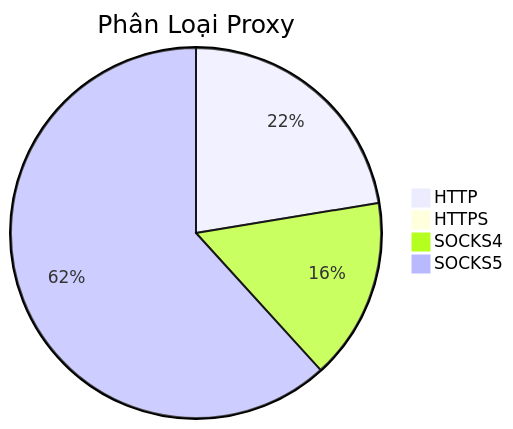
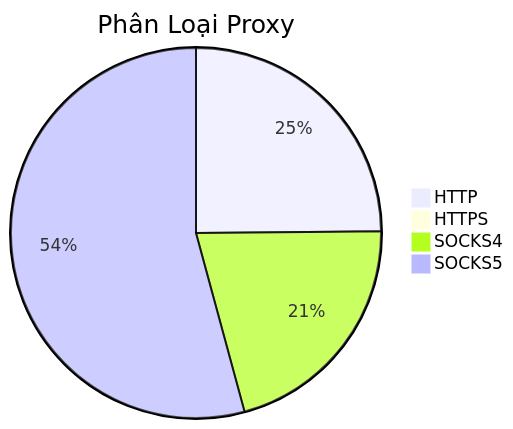
Before and after one commit to Ciara-12/PROXY-free: the diagram in README.md, drawn with Mermaid. The commit also changed other lines of this file and 3 other files, not shown here.

````diff
--- a/README.md
+++ b/README.md
@@ -26,7 +26,7 @@
 ```mermaid
 pie title Phân Loại Proxy
-    "HTTP" : 472
+    "HTTP" : 456
     "HTTPS" : 0
-    "SOCKS4" : 334
-    "SOCKS5" : 1301
+    "SOCKS4" : 384
+    "SOCKS5" : 995
 ```
````
